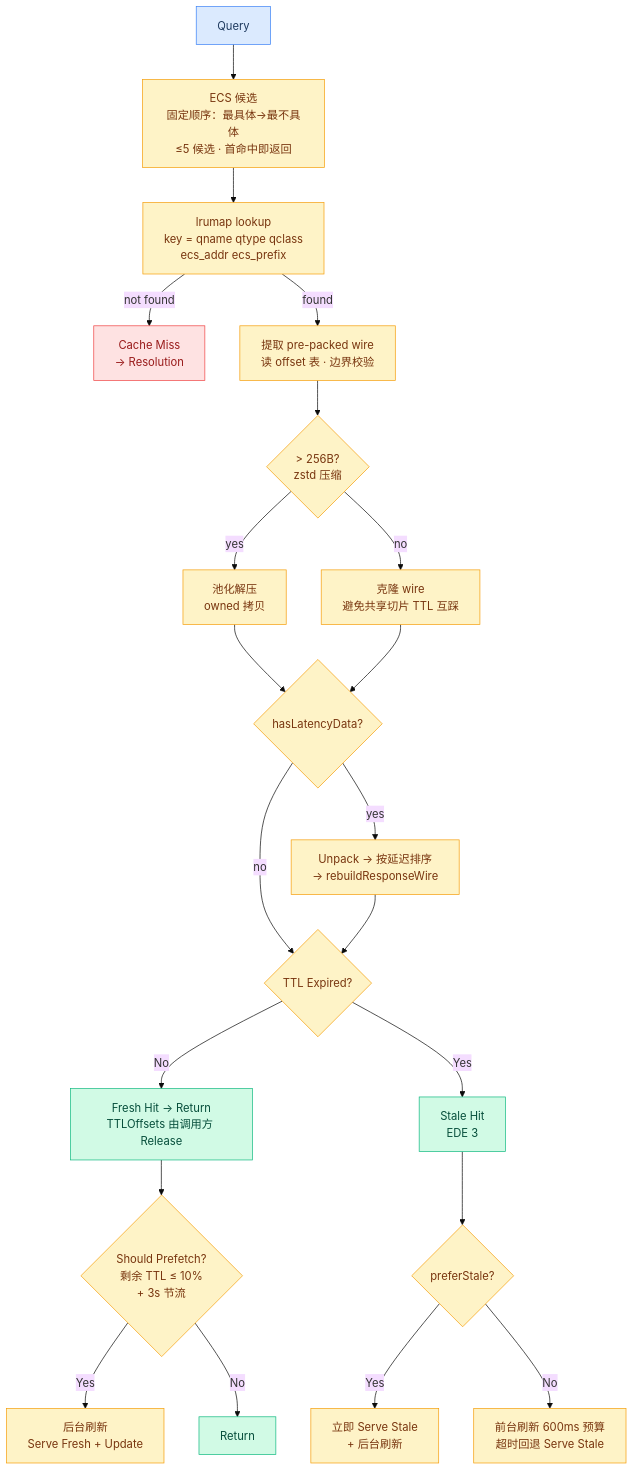
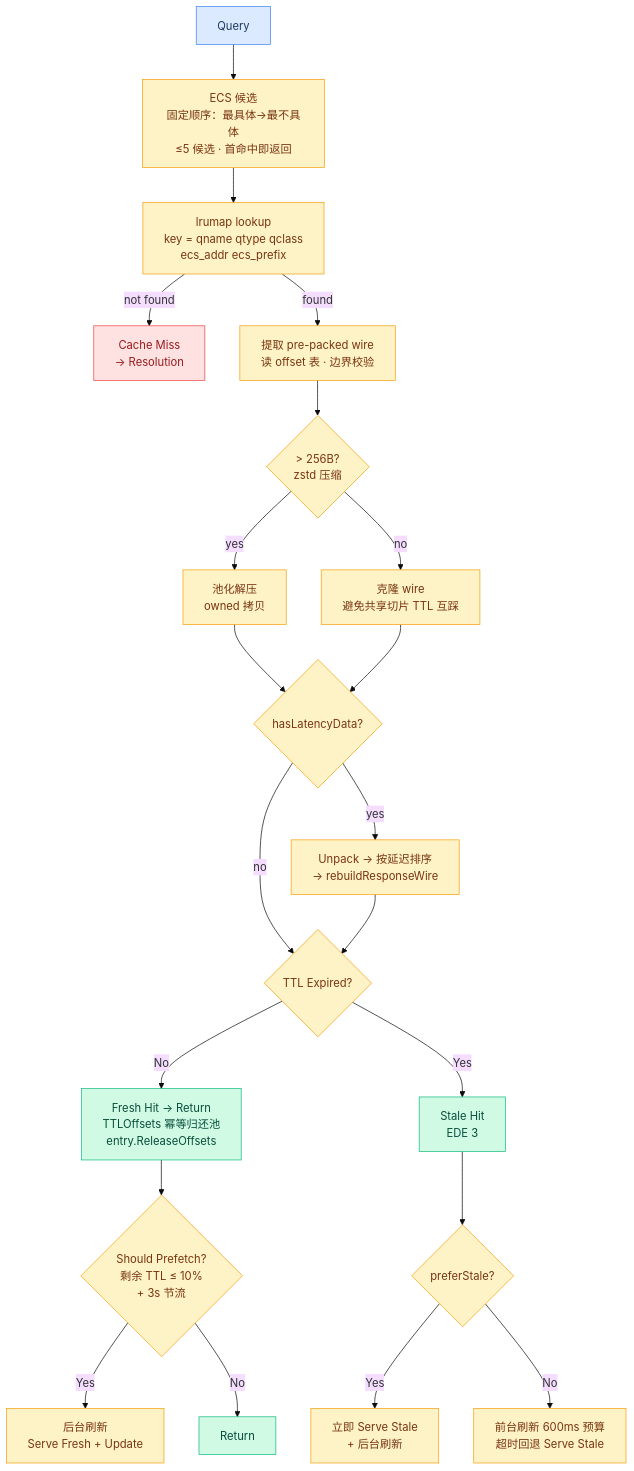
One commit to hezhijie0327/ZJDNS changed diagram 11 of 36 in docs/FLOWCHARTS.md. Above: the diagram before and after it, drawn with Mermaid (base theme). The commit also changed other lines of this file, not shown here.

First line of the commit message:
docs: FLOWCHARTS catches up with the post-refactor details

````diff
--- a/docs/FLOWCHARTS.md
+++ b/docs/FLOWCHARTS.md
@@ -253,31 +254,31 @@
 ```mermaid
 graph TD
     Q[Query] --> ECS[ECS 候选<br/>固定顺序：最具体→最不具体<br/>≤5 候选 · 首命中即返回]
     ECS --> SQL[lrumap lookup<br/>key = qname qtype qclass<br/>ecs_addr ecs_prefix]
     SQL -->|not found| MISS[Cache Miss<br/>→ Resolution]
     SQL -->|found| WIRE[提取 pre-packed wire<br/>读 offset 表 · 边界校验]
     WIRE --> ZSTD{"> 256B?<br/>zstd 压缩"}
     ZSTD -->|yes| DECOMP[池化解压<br/>owned 拷贝]
     ZSTD -->|no| CLONE[克隆 wire<br/>避免共享切片 TTL 互踩]
     DECOMP --> LAT{hasLatencyData?}
     CLONE --> LAT
     LAT -->|yes| UNPACK[Unpack → 按延迟排序<br/>→ rebuildResponseWire]
     LAT -->|no| FRESH{TTL Expired?}
     UNPACK --> FRESH
-    FRESH -->|No| HIT[Fresh Hit → Return<br/>TTLOffsets 由调用方 Release]
+    FRESH -->|No| HIT[Fresh Hit → Return<br/>TTLOffsets 幂等归还池<br/>entry.ReleaseOffsets]
     FRESH -->|Yes| STALE[Stale Hit<br/>EDE 3]
     HIT --> PF{Should Prefetch?<br/>剩余 TTL ≤ 10%<br/>+ 3s 节流}
     PF -->|Yes| BG[后台刷新<br/>Serve Fresh + Update]
     PF -->|No| RETURN[Return]
     STALE --> PREFER{preferStale?}
     PREFER -->|Yes| STALEBG[立即 Serve Stale<br/>+ 后台刷新]
     PREFER -->|No| FGBG[前台刷新 600ms 预算<br/>超时回退 Serve Stale]
     classDef start fill:#dbeafe,stroke:#3b82f6,color:#1e3a5f
     classDef proc fill:#fef3c7,stroke:#f59e0b,color:#78350f
     classDef hit fill:#d1fae5,stroke:#10b981,color:#064e3b
     classDef miss fill:#fee2e2,stroke:#ef4444,color:#991b1b
     class Q start
     class ECS,SQL,WIRE,ZSTD,DECOMP,CLONE,LAT,UNPACK,FRESH,PF,BG,PREFER,STALEBG,FGBG proc
     class HIT,STALE,RETURN hit
     class MISS miss
 ```
````
